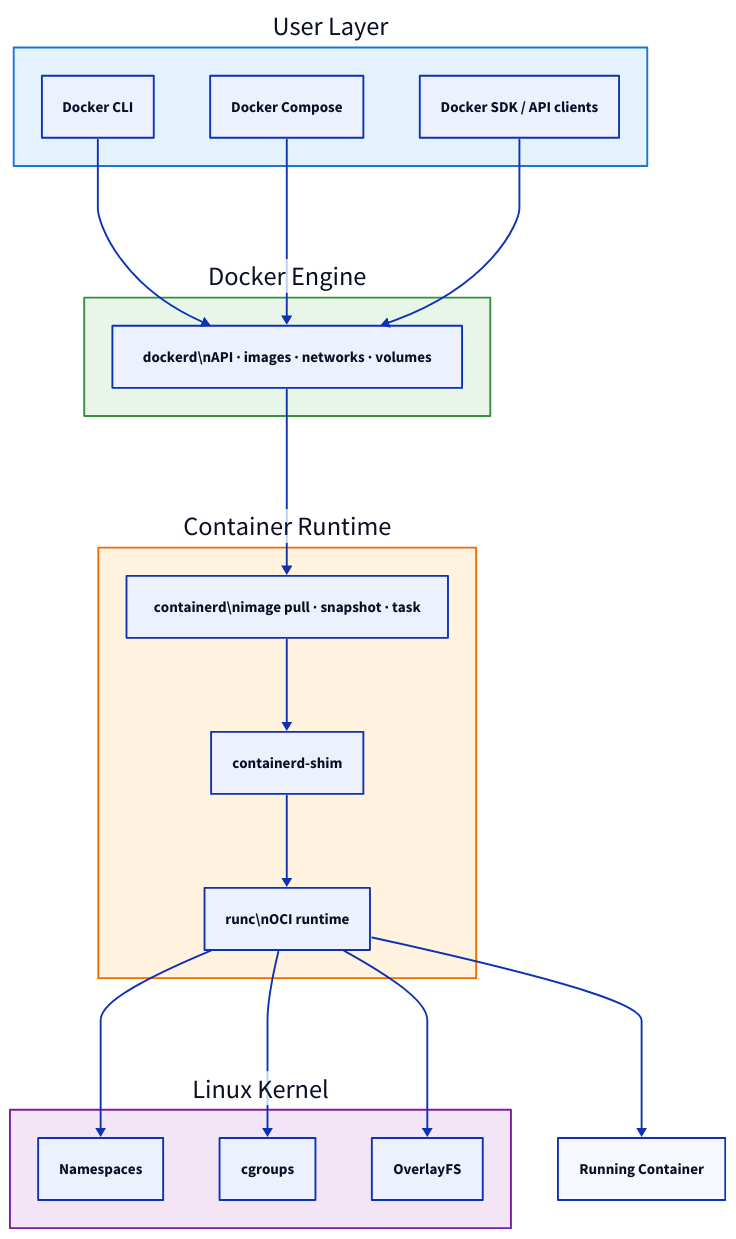
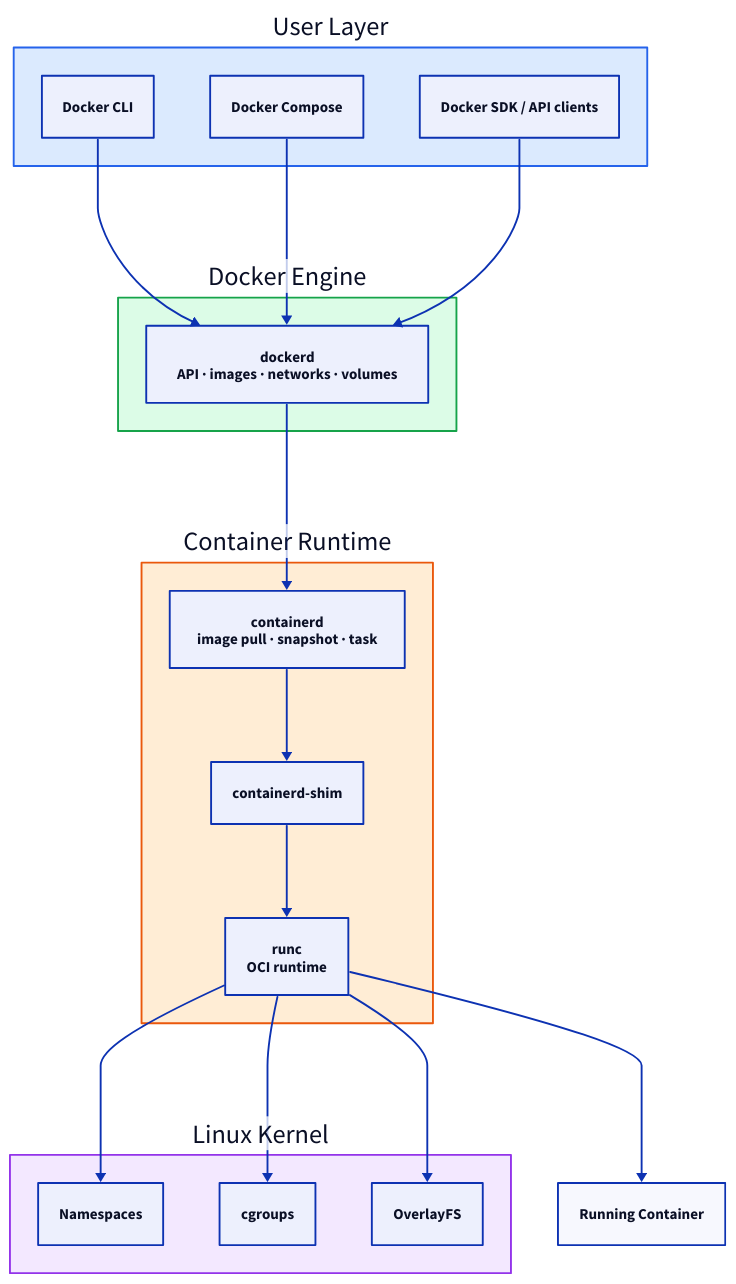
The first of 2 diagrams in docs/docker/docker-architecture-and-components.md (rebash-rebash/rebash-academy), drawn with D2 before and after one commit. The commit also changed other lines of this file and 177 other files, not shown here.

First line of the commit message:
Ship Terraform track, diagram polish, and new brand favicon.

````diff
--- a/docs/docker/docker-architecture-and-components.md
+++ b/docs/docker/docker-architecture-and-components.md
@@ -55,49 +55,49 @@
 ```d2
 direction: down
 
 USER_LAYER: "User Layer" {
       style: {
-        fill: "#e3f2fd"
-        stroke: "#1976d2"
+        fill: "#dbeafe"
+        stroke: "#2563eb"
       }
         CLI: "Docker CLI"
         COMPOSE: "Docker Compose"
         SDK: "Docker SDK / API clients"
     }
     ENGINE: "Docker Engine" {
       style: {
-        fill: "#e8f5e9"
-        stroke: "#388e3c"
+        fill: "#dcfce7"
+        stroke: "#16a34a"
       }
-        DOCKERD: "dockerd\\nAPI · images · networks · volumes"
+        DOCKERD: "dockerd\nAPI · images · networks · volumes"
     }
     RUNTIME: "Container Runtime" {
       style: {
-        fill: "#fff3e0"
-        stroke: "#ef6c00"
+        fill: "#ffedd5"
+        stroke: "#ea580c"
       }
-        CONTAINERD: "containerd\\nimage pull · snapshot · task"
+        CONTAINERD: "containerd\nimage pull · snapshot · task"
         SHIM: containerd-shim
-        RUNC: "runc\\nOCI runtime"
+        RUNC: "runc\nOCI runtime"
     }
     KERNEL: "Linux Kernel" {
       style: {
-        fill: "#f3e5f5"
-        stroke: "#7b1fa2"
+        fill: "#f3e8ff"
+        stroke: "#9333ea"
       }
         NS: Namespaces
         CG: cgroups
         OFS: OverlayFS
     }
     CONT: "Running Container"
     USER_LAYER.CLI -> ENGINE.DOCKERD
     USER_LAYER.COMPOSE -> ENGINE.DOCKERD
     USER_LAYER.SDK -> ENGINE.DOCKERD
     ENGINE.DOCKERD -> RUNTIME.CONTAINERD
     RUNTIME.CONTAINERD -> RUNTIME.SHIM
     RUNTIME.SHIM -> RUNTIME.RUNC
     RUNTIME.RUNC -> KERNEL.NS
     RUNTIME.RUNC -> KERNEL.CG
     RUNTIME.RUNC -> KERNEL.OFS
     RUNTIME.RUNC -> CONT
 ```
````
